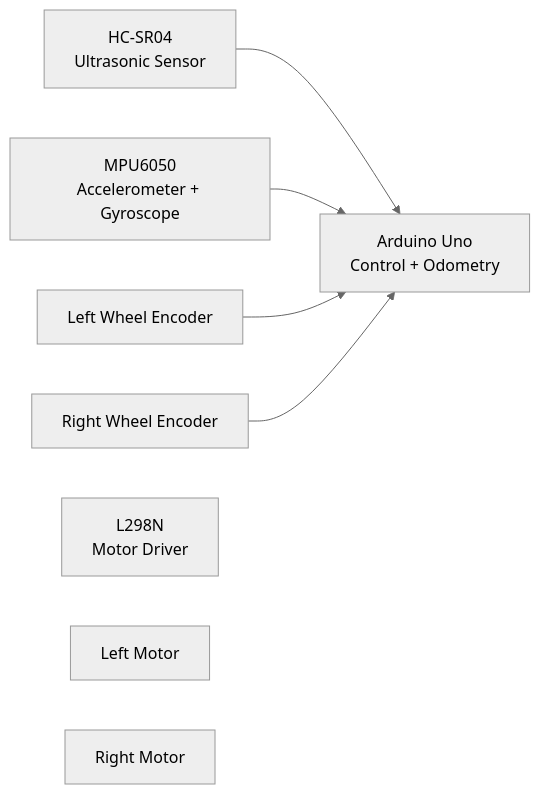
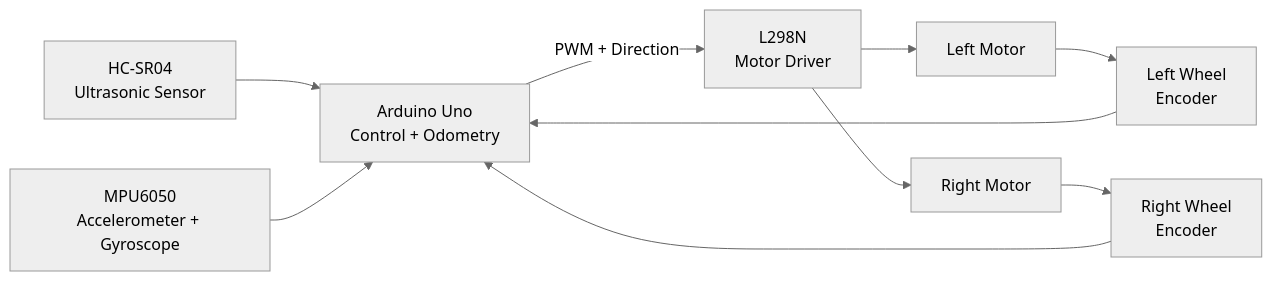
The diagram in project-1-differential-drive-robot/README.md (balgrewal5/robotics-engineering-portfolio), drawn with Mermaid (neutral theme) before and after one commit. The commit also changed other lines of this file, not shown here.

````diff
--- a/project-1-differential-drive-robot/README.md
+++ b/project-1-differential-drive-robot/README.md
@@ -55,20 +55,28 @@
 ```mermaid
 flowchart LR
 
     US[HC-SR04<br/>Ultrasonic Sensor]
     IMU[MPU6050<br/>Accelerometer + Gyroscope]
-    ENC_L[Left Wheel Encoder]
-    ENC_R[Right Wheel Encoder]
+    ENC_L[Left Wheel<br/>Encoder]
+    ENC_R[Right Wheel<br/>Encoder]
 
     MCU[Arduino Uno<br/>Control + Odometry]
 
     DRIVER[L298N<br/>Motor Driver]
 
     LM[Left Motor]
     RM[Right Motor]
 
     US --> MCU
     IMU --> MCU
     ENC_L --> MCU
     ENC_R --> MCU
+
+    MCU -->|PWM + Direction| DRIVER
+
+    DRIVER --> LM
+    DRIVER --> RM
+
+    LM --> ENC_L
+    RM --> ENC_R
 ```
````
